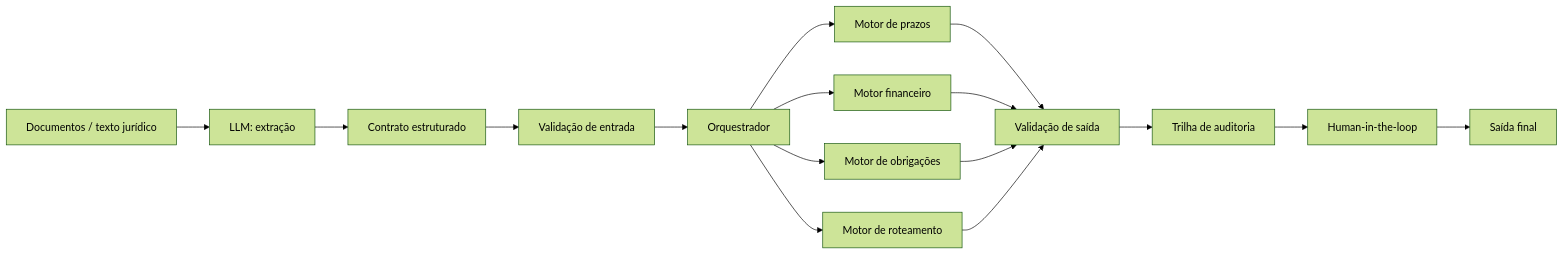
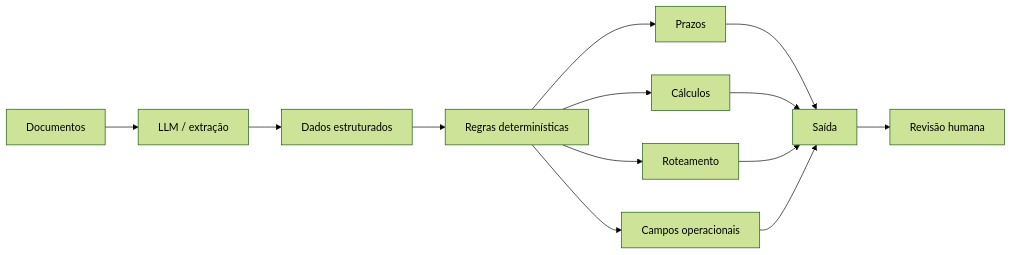
The second of 2 diagrams in README.md (khaosfelix/legal-ai-recursal-workflow), drawn with Mermaid (forest theme) before and after one commit. The commit also changed other lines of this file and 75 other files, not shown here.

````diff
--- a/README.md
+++ b/README.md
@@ -96,18 +330,15 @@
 ```mermaid
 flowchart LR
-    A[Documentos / texto jurídico] --> B[LLM: extração]
-    B --> C[Contrato estruturado]
-    C --> D[Validação de entrada]
-    D --> E[Orquestrador]
-    E --> F[Motor de prazos]
-    E --> G[Motor financeiro]
-    E --> H[Motor de obrigações]
-    E --> I[Motor de roteamento]
-    F --> J[Validação de saída]
-    G --> J
-    H --> J
-    I --> J
-    J --> K[Trilha de auditoria]
-    K --> L[Human-in-the-loop]
-    L --> M[Saída final]
+    A[Documentos] --> B[LLM / extração]
+    B --> C[Dados estruturados]
+    C --> D[Regras determinísticas]
+    D --> E[Prazos]
+    D --> F[Cálculos]
+    D --> G[Roteamento]
+    D --> H[Campos operacionais]
+    E --> I[Saída]
+    F --> I
+    G --> I
+    H --> I
+    I --> J[Revisão humana]
 ```
````
